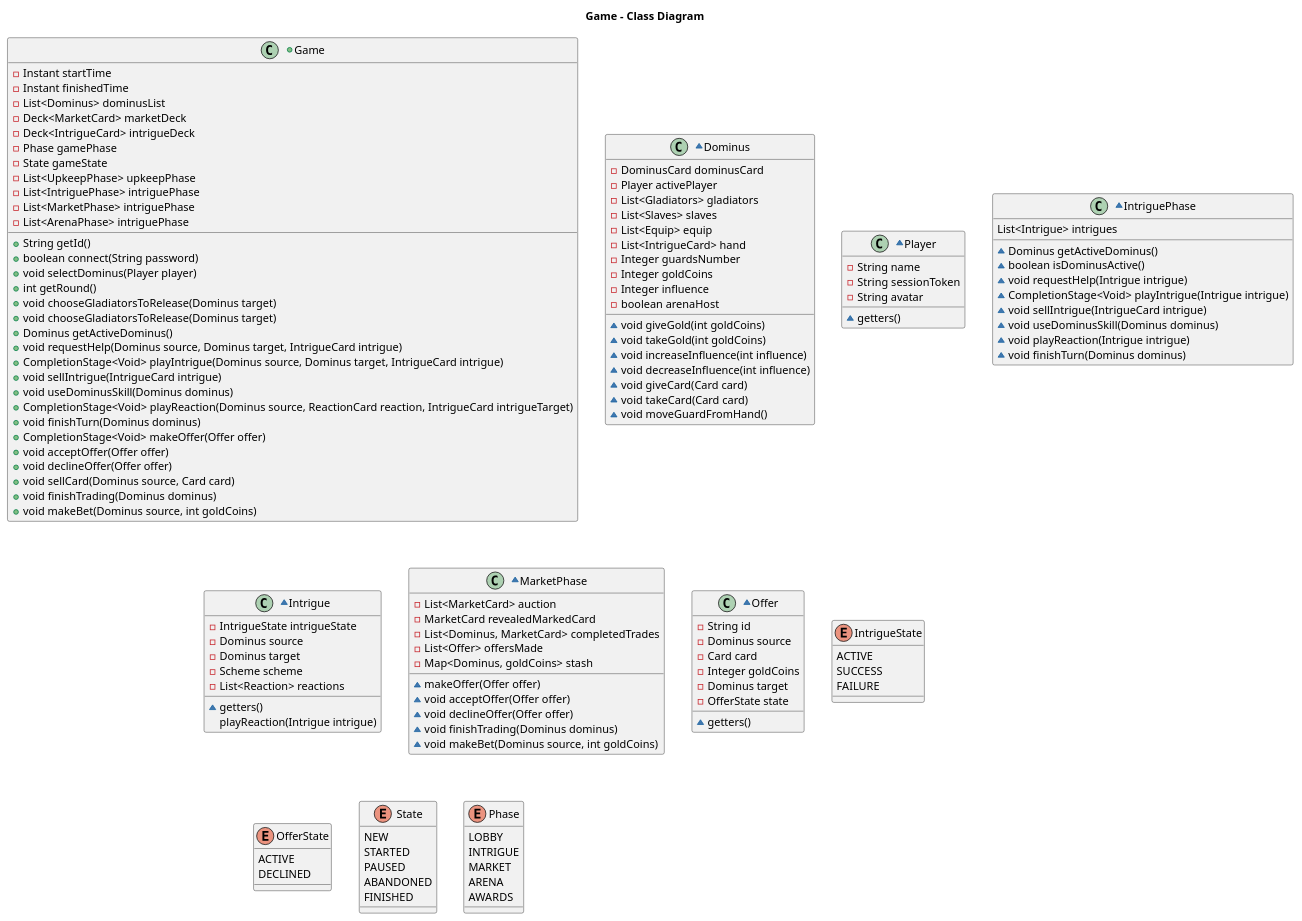
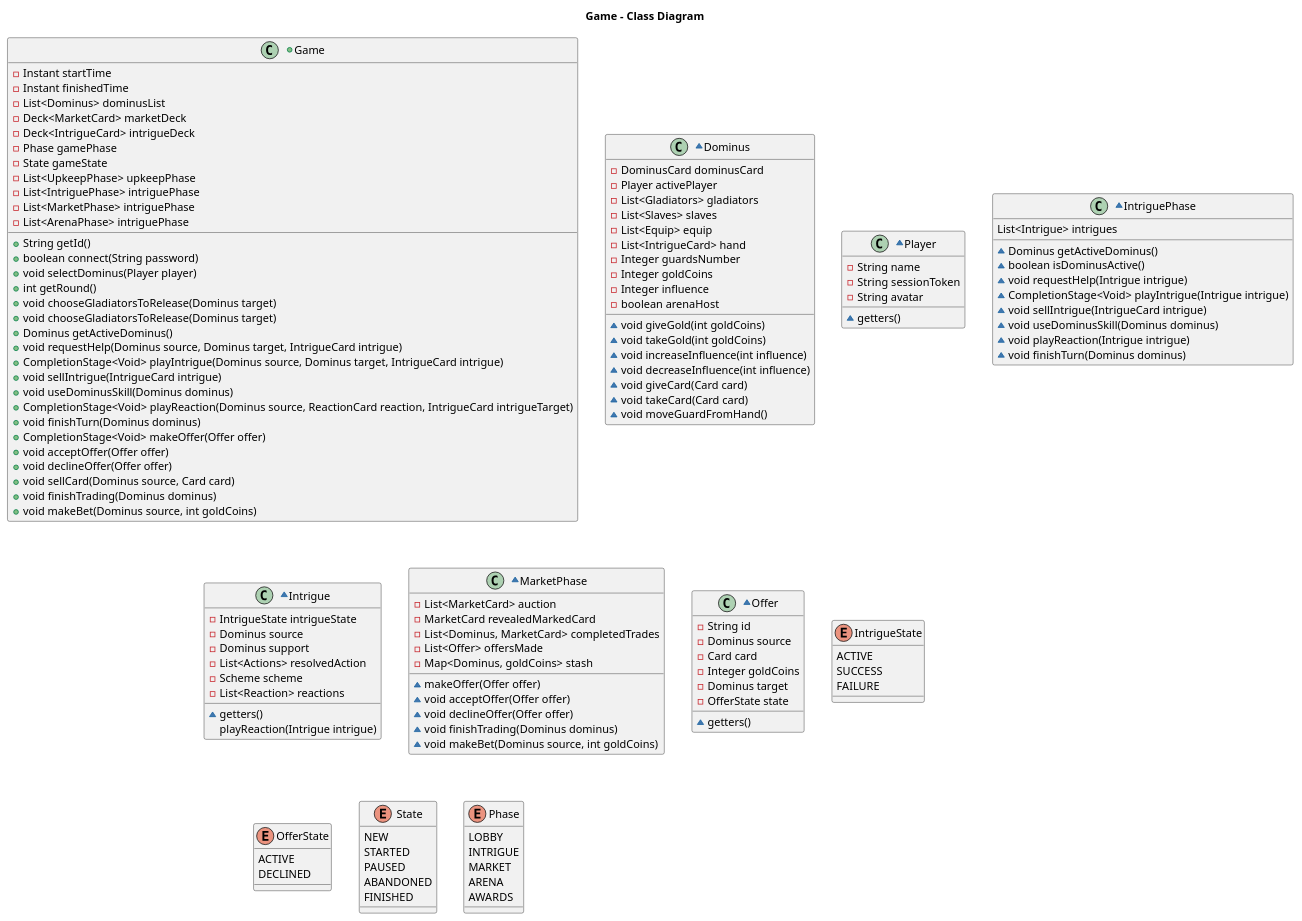
The diagram in Docs/GameClassDiagram.puml (v-bodnar/Spartaaa), drawn with PlantUML before and after one commit. The commit also changed 7 other files, not shown here.

Commit message:
Intrigue Sequence Diagram finished

```diff
--- a/Docs/GameClassDiagram.puml
+++ b/Docs/GameClassDiagram.puml
@@ -1,140 +1,141 @@
 @startuml
 
 title Game - Class Diagram
 
 
 +class Game {
   -Instant startTime
   -Instant finishedTime
   -List<Dominus> dominusList
   -Deck<MarketCard> marketDeck
   -Deck<IntrigueCard> intrigueDeck
   -Phase gamePhase
   -State gameState
   -List<UpkeepPhase> upkeepPhase
   -List<IntriguePhase> intriguePhase
   -List<MarketPhase> intriguePhase
   -List<ArenaPhase> intriguePhase
   +String getId()
   +boolean connect(String password)
   +void selectDominus(Player player)
   +int getRound()
 '  Upkeep
   +void chooseGladiatorsToRelease(Dominus target)
 '  Intrigue phase
   +void chooseGladiatorsToRelease(Dominus target)
   +Dominus getActiveDominus()
   +void requestHelp(Dominus source, Dominus target, IntrigueCard intrigue)
   +CompletionStage<Void> playIntrigue(Dominus source, Dominus target, IntrigueCard intrigue)
   +void sellIntrigue(IntrigueCard intrigue)
   +void useDominusSkill(Dominus dominus)
   +CompletionStage<Void> playReaction(Dominus source, ReactionCard reaction, IntrigueCard intrigueTarget)
   +void finishTurn(Dominus dominus)
 '  MarketPhase
   +CompletionStage<Void> makeOffer(Offer offer)
   +void acceptOffer(Offer offer)
   +void declineOffer(Offer offer)
   +void sellCard(Dominus source, Card card)
   +void finishTrading(Dominus dominus)
   +void makeBet(Dominus source, int goldCoins)
 }
 
 ~class Dominus{
  -DominusCard dominusCard
  -Player activePlayer
  -List<Gladiators> gladiators
  -List<Slaves> slaves
  -List<Equip> equip
  -List<IntrigueCard> hand
  -Integer guardsNumber
  -Integer goldCoins
  -Integer influence
  -boolean arenaHost
  ~void giveGold(int goldCoins)
  ~void takeGold(int goldCoins)
  ~void increaseInfluence(int influence)
  ~void decreaseInfluence(int influence)
  ~void giveCard(Card card)
  ~void takeCard(Card card)
  ~void moveGuardFromHand()
 }
 
 ~class Player{
  -String name
  -String sessionToken
  -String avatar
  ~getters()
 }
 
 ~class IntriguePhase{
  List<Intrigue> intrigues
  ~Dominus getActiveDominus()
  ~boolean isDominusActive()
  ~void requestHelp(Intrigue intrigue)
  ~CompletionStage<Void> playIntrigue(Intrigue intrigue)
  ~void sellIntrigue(IntrigueCard intrigue)
  ~void useDominusSkill(Dominus dominus)
  ~void playReaction(Intrigue intrigue)
  ~void finishTurn(Dominus dominus)
 }
 
 ~class Intrigue{
   -IntrigueState intrigueState
   -Dominus source
-  -Dominus target
+  -Dominus support
+  -List<Actions> resolvedAction
   -Scheme scheme
   -List<Reaction> reactions
   ~getters()
   playReaction(Intrigue intrigue)
 }
 
 ~class MarketPhase{
     -List<MarketCard> auction
     -MarketCard revealedMarkedCard
     -List<Dominus, MarketCard> completedTrades
     -List<Offer> offersMade
     -Map<Dominus, goldCoins> stash
     ~makeOffer(Offer offer)
     ~void acceptOffer(Offer offer)
     ~void declineOffer(Offer offer)
     ~void finishTrading(Dominus dominus)
     ~void makeBet(Dominus source, int goldCoins)
 }
 
 ~class Offer{
     -String id
     -Dominus source
     -Card card
     -Integer goldCoins
     -Dominus target
     -OfferState state
     ~getters()
 }
 
 enum IntrigueState{
     ACTIVE
     SUCCESS
     FAILURE
 }
 enum OfferState{
     ACTIVE
     DECLINED
 }
 
 enum State{
     NEW
     STARTED
     PAUSED
     ABANDONED
     FINISHED
 }
 
 enum Phase{
     LOBBY
     INTRIGUE
     MARKET
     ARENA
     AWARDS
 }
 
 @enduml
```
